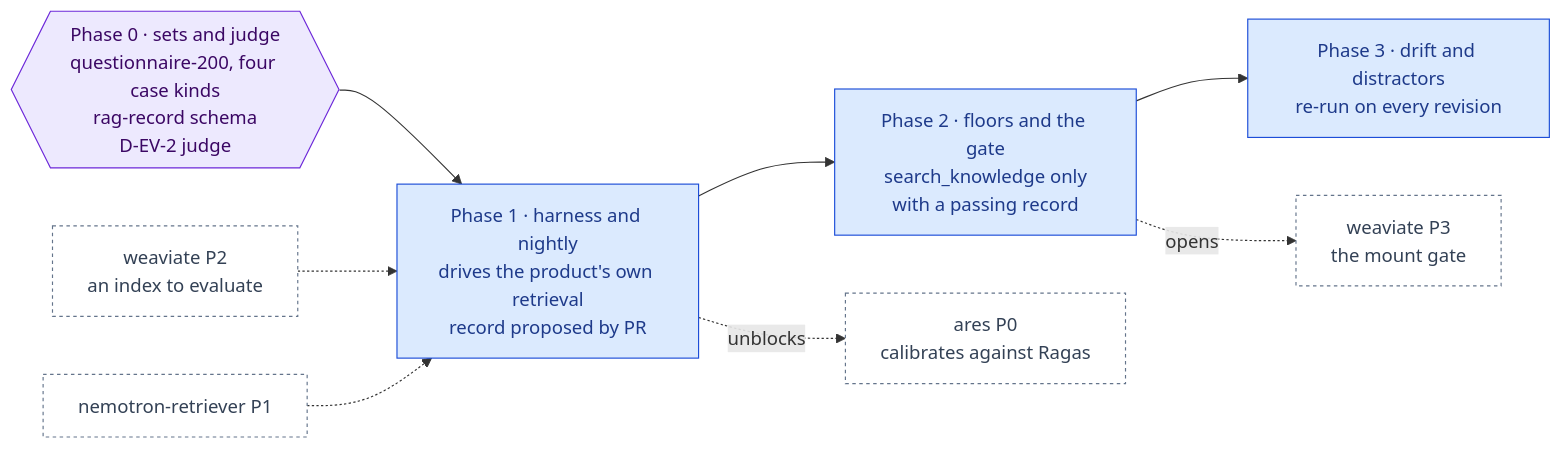
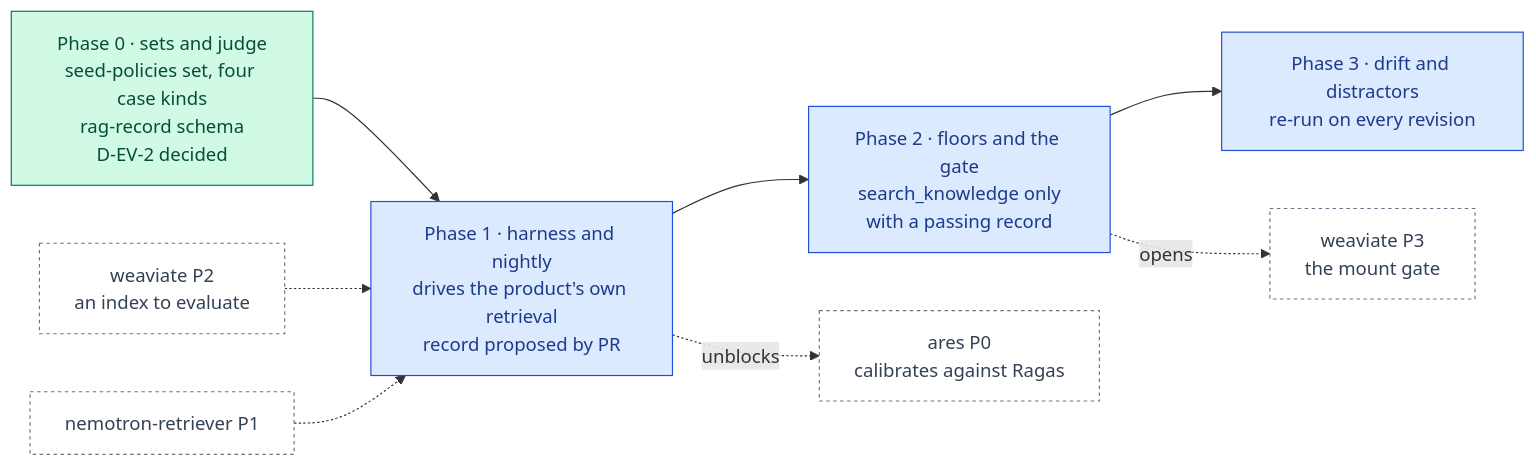
The diagram in docs/ai-architecture/ragas.md (RodnaPamet/inflect-compliance), drawn with Mermaid before and after one commit. The commit also changed other lines of this file and 287 other files, not shown here.

First line of the commit message:
AI roadmap waves 0–1: owner decisions, 22 phases built across 15 roadmaps (#5323)

````diff
--- a/docs/ai-architecture/ragas.md
+++ b/docs/ai-architecture/ragas.md
@@ -29,23 +29,23 @@
 ```mermaid
 flowchart LR
-  P0{{"Phase 0 · sets and judge<br/>questionnaire-200, four case kinds<br/>rag-record schema<br/>D-EV-2 judge"}}:::gate
+  P0["Phase 0 · sets and judge<br/>seed-policies set, four case kinds<br/>rag-record schema<br/>D-EV-2 decided"]:::done
   P1["Phase 1 · harness and nightly<br/>drives the product's own retrieval<br/>record proposed by PR"]:::todo
   P2["Phase 2 · floors and the gate<br/>search_knowledge only<br/>with a passing record"]:::todo
   P3["Phase 3 · drift and distractors<br/>re-run on every revision"]:::todo
   WV["weaviate P2<br/>an index to evaluate"]:::ext
   RT["nemotron-retriever P1"]:::ext
   WV3["weaviate P3<br/>the mount gate"]:::ext
   AR["ares P0<br/>calibrates against Ragas"]:::ext
   P0 --> P1 --> P2 --> P3
   WV -.-> P1
   RT -.-> P1
   P2 -.->|opens| WV3
   P1 -.->|unblocks| AR
 
   classDef done fill:#d1fae5,stroke:#047857,color:#064e3b
   classDef todo fill:#dbeafe,stroke:#1d4ed8,color:#1e3a8a
   classDef gate fill:#ede9fe,stroke:#6d28d9,color:#3b0764
   classDef ext fill:#ffffff,stroke:#64748b,color:#334155,stroke-dasharray:3 3
   classDef eval fill:#fce7f3,stroke:#be185d,color:#831843
   classDef declined fill:#f3f4f6,stroke:#6b7280,color:#374151,stroke-dasharray:4 3
 ```
````
